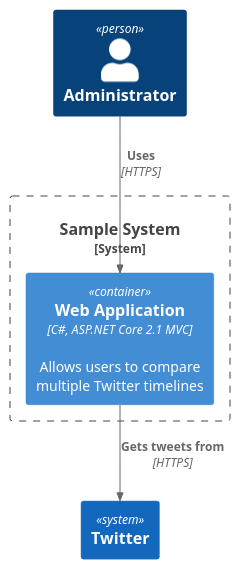
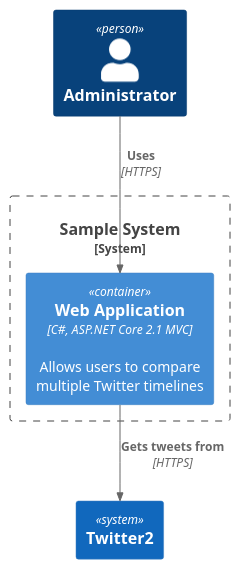
Before and after one commit to kcirtapfromspace/plantuml: the diagram in doc/design/assets/diagram2.puml, drawn with PlantUML.

```diff
--- a/doc/design/assets/diagram2.puml
+++ b/doc/design/assets/diagram2.puml
@@ -1,12 +1,13 @@
 @startuml Basic_Sample
 !include https://raw.githubusercontent.com/plantuml-stdlib/C4-PlantUML/master/C4_Container.puml
 
 Person(admin, "Administrator")
 System_Boundary(c1, "Sample System") {
     Container(web_app, "Web Application", "C#, ASP.NET Core 2.1 MVC", "Allows users to compare multiple Twitter timelines")
 }
 System(twitter, "Twitter")
+System(twitter, "Twitter2")
 
 Rel(admin, web_app, "Uses", "HTTPS")
 Rel(web_app, twitter, "Gets tweets from", "HTTPS")
 @enduml
```
